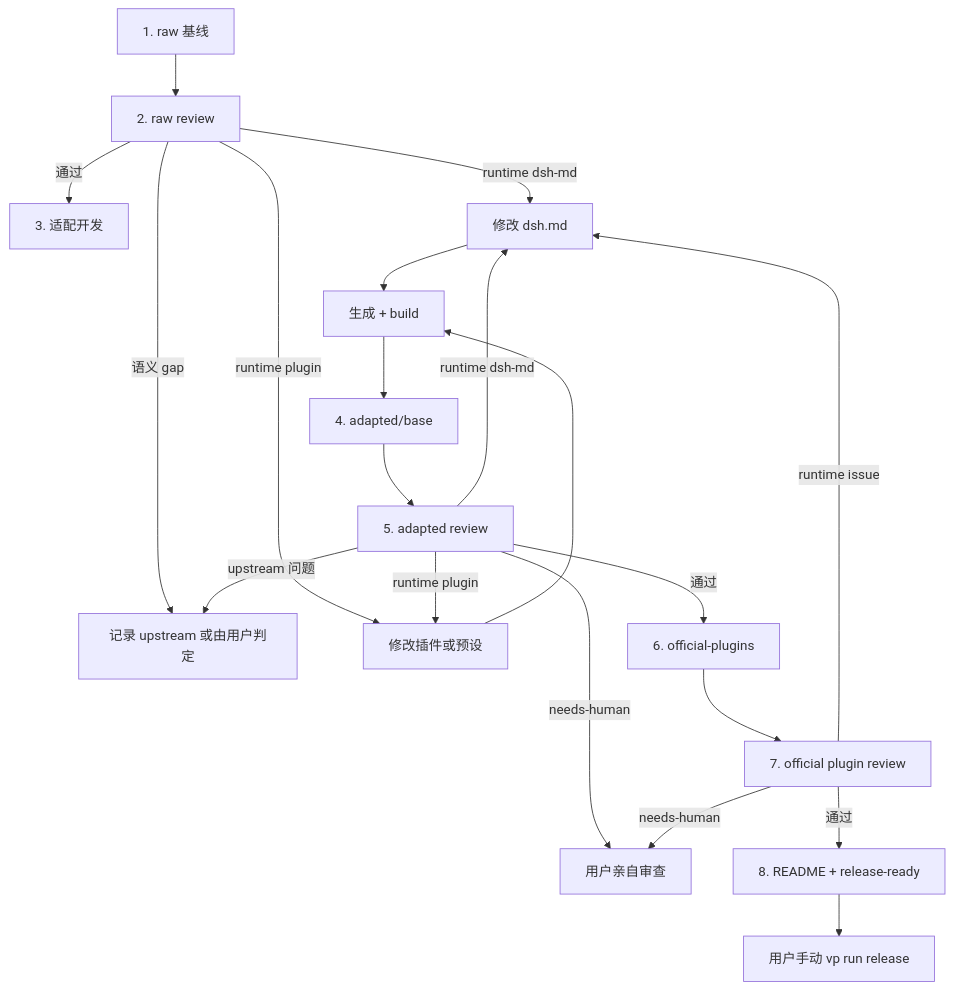
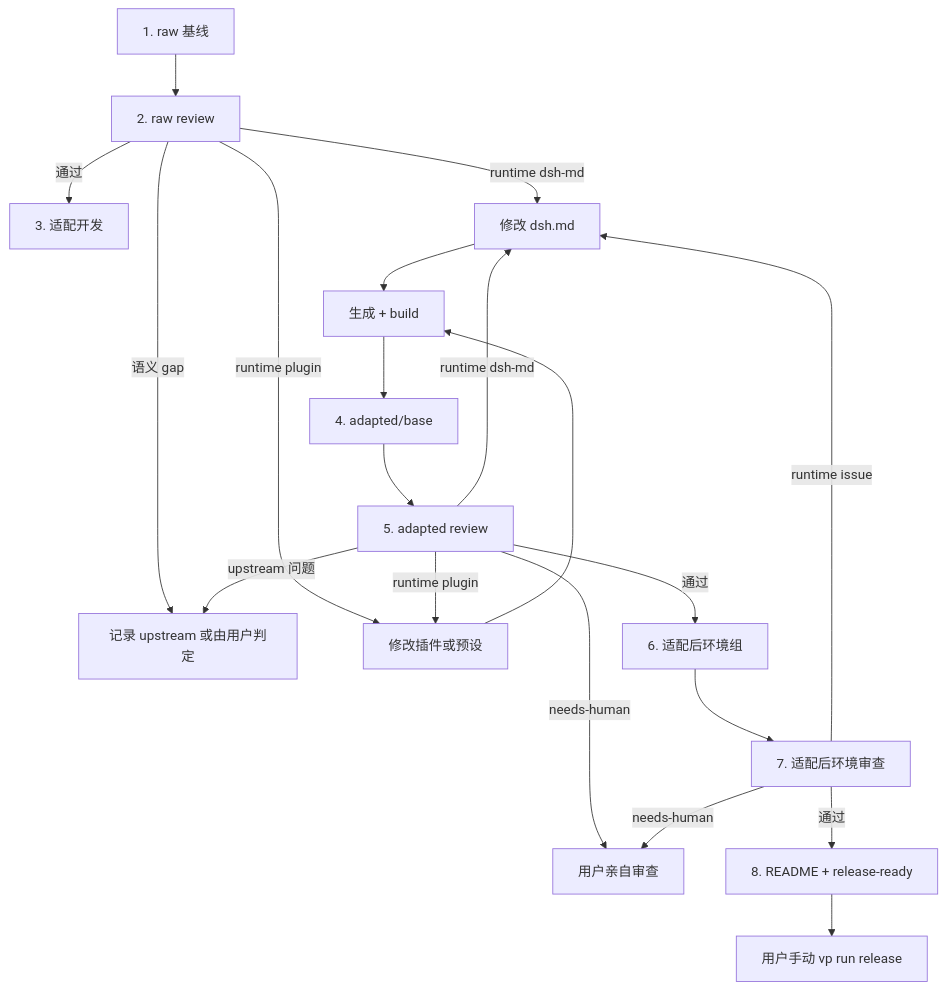
One commit to MaxonT/dsh-pstack changed the diagram in playground/docs/verification-loop.md. Above: the diagram before and after it, drawn with Mermaid. The commit also changed other lines of this file and 5 other files, not shown here.

````diff
--- a/playground/docs/verification-loop.md
+++ b/playground/docs/verification-loop.md
@@ -11,22 +11,22 @@
 ```mermaid
 flowchart TD
   raw[1. raw 基线] --> rawReview[2. raw review]
   rawReview -->|通过| adapt[3. 适配开发]
   rawReview -->|语义 gap| upstream[记录 upstream 或由用户判定]
   rawReview -->|runtime dsh-md| dsh[修改 dsh.md]
   rawReview -->|runtime plugin| plugin[修改插件或预设]
   dsh --> build[生成 + build]
   plugin --> build
   build --> adapted[4. adapted/base]
   adapted --> adaptReview[5. adapted review]
   adaptReview -->|runtime dsh-md| dsh
   adaptReview -->|runtime plugin| plugin
   adaptReview -->|upstream 问题| upstream
   adaptReview -->|needs-human| human[用户亲自审查]
-  adaptReview -->|通过| official[6. official-plugins]
-  official --> officialReview[7. official plugin review]
-  officialReview -->|runtime issue| dsh
-  officialReview -->|needs-human| human
-  officialReview -->|通过| release[8. README + release-ready]
+  adaptReview -->|通过| envGroup[6. 适配后环境组]
+  envGroup --> envReview[7. 适配后环境审查]
+  envReview -->|runtime issue| dsh
+  envReview -->|needs-human| human
+  envReview -->|通过| release[8. README + release-ready]
   release --> manual[用户手动 vp run release]
 ```
````
